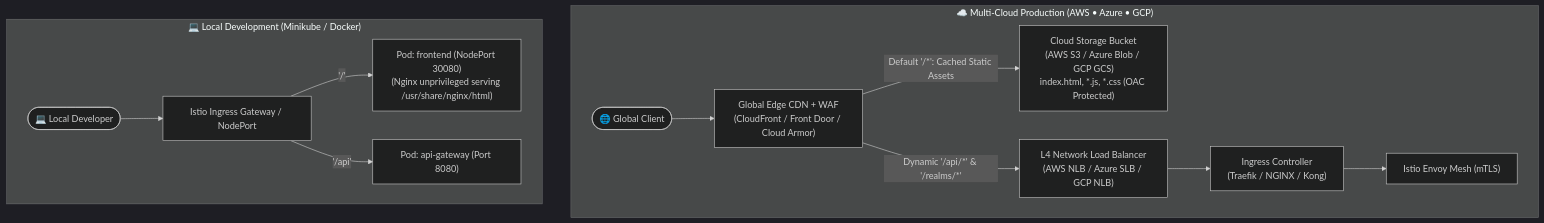
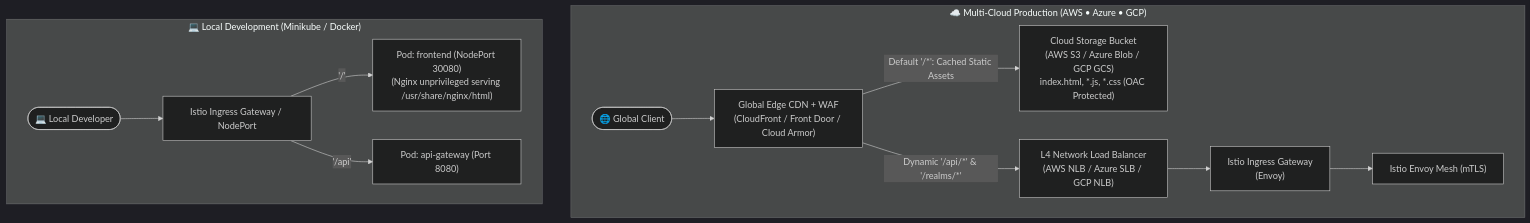
One commit to GeorgeGxx/microservices-architecture changed the second of 6 diagrams in docs/ARCHITECTURE.md. Above: the diagram before and after it, drawn with Mermaid (dark theme). The commit also changed other lines of this file and 29 other files, not shown here.

````diff
--- a/docs/ARCHITECTURE.md
+++ b/docs/ARCHITECTURE.md
@@ -183,16 +197,16 @@
 ```mermaid
 flowchart TD
     subgraph CloudModel["☁️ Multi-Cloud Production (AWS • Azure • GCP)"]
         BrowserCloud([🌐 Global Client]) --> CloudCDN["Global Edge CDN + WAF<br/>(CloudFront / Front Door / Cloud Armor)"]
         CloudCDN -->|Default '/*': Cached Static Assets| BucketStorage["Cloud Storage Bucket<br/>(AWS S3 / Azure Blob / GCP GCS)<br/>index.html, *.js, *.css (OAC Protected)"]
         CloudCDN -->|Dynamic '/api/*' & '/realms/*'| CloudNLB["L4 Network Load Balancer<br/>(AWS NLB / Azure SLB / GCP NLB)"]
-        CloudNLB --> CloudIngress["Ingress Controller<br/>(Traefik / NGINX / Kong)"]
+        CloudNLB --> CloudIngress["Istio Ingress Gateway<br/>(Envoy)"]
         CloudIngress --> CloudMesh["Istio Envoy Mesh (mTLS)"]
     end
 
     subgraph LocalModel["💻 Local Development (Minikube / Docker)"]
         BrowserLocal([💻 Local Developer]) --> LocalIngress["Istio Ingress Gateway / NodePort"]
         LocalIngress -->|'/'| LocalFE["Pod: frontend (NodePort 30080)<br/>(Nginx unprivileged serving /usr/share/nginx/html)"]
         LocalIngress -->|'/api'| LocalGW["Pod: api-gateway (Port 8080)"]
     end
 ```
````
